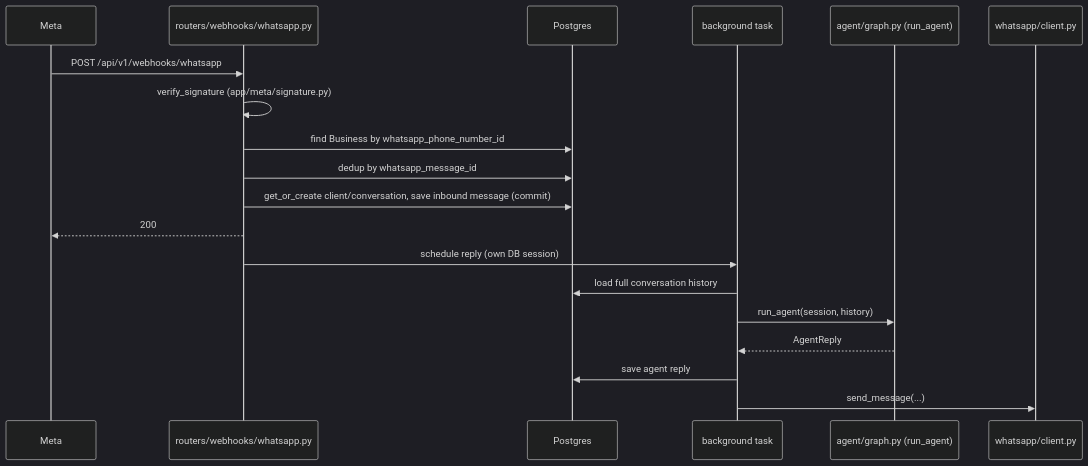
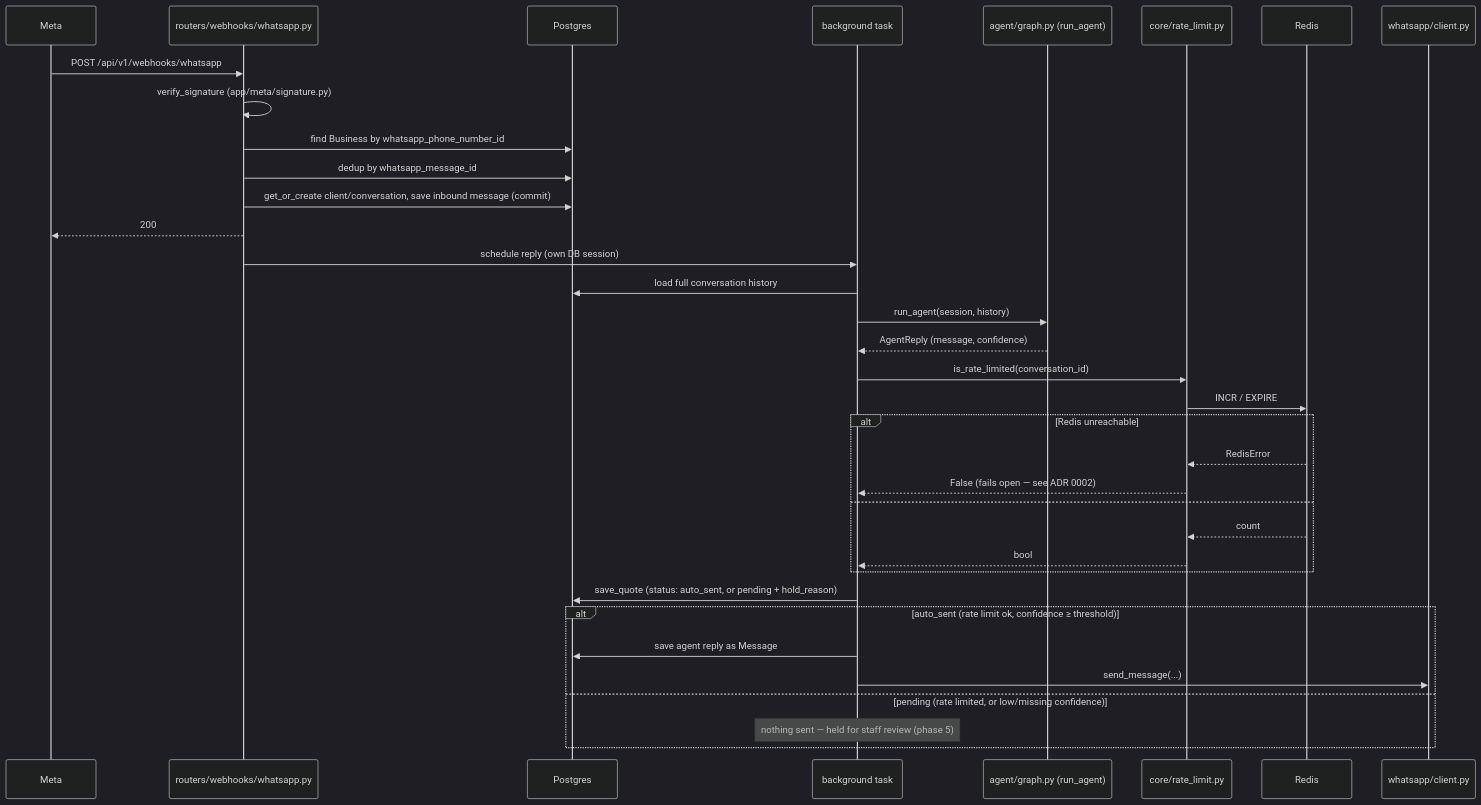
One commit to amineaiba/Quotify changed the third of 3 diagrams in docs/ARCHITECTURE.md. Above: the diagram before and after it, drawn with Mermaid (dark theme). The commit also changed other lines of this file and 24 other files, not shown here.

Commit message:
Guardrails: confidence check + rate limiting before auto-send

````diff
--- a/docs/ARCHITECTURE.md
+++ b/docs/ARCHITECTURE.md
@@ -159,22 +173,38 @@
 ```mermaid
 sequenceDiagram
     participant Meta
     participant R as routers/webhooks/whatsapp.py
     participant DB as Postgres
     participant BG as background task
     participant L as agent/graph.py (run_agent)
+    participant RL as core/rate_limit.py
+    participant Redis
     participant W as whatsapp/client.py
 
     Meta->>R: POST /api/v1/webhooks/whatsapp
     R->>R: verify_signature (app/meta/signature.py)
     R->>DB: find Business by whatsapp_phone_number_id
     R->>DB: dedup by whatsapp_message_id
     R->>DB: get_or_create client/conversation, save inbound message (commit)
     R-->>Meta: 200
     R->>BG: schedule reply (own DB session)
     BG->>DB: load full conversation history
     BG->>L: run_agent(session, history)
-    L-->>BG: AgentReply
-    BG->>DB: save agent reply
-    BG->>W: send_message(...)
+    L-->>BG: AgentReply (message, confidence)
+    BG->>RL: is_rate_limited(conversation_id)
+    RL->>Redis: INCR / EXPIRE
+    alt Redis unreachable
+        Redis-->>RL: RedisError
+        RL-->>BG: False (fails open — see ADR 0002)
+    else
+        Redis-->>RL: count
+        RL-->>BG: bool
+    end
+    BG->>DB: save_quote (status: auto_sent, or pending + hold_reason)
+    alt auto_sent (rate limit ok, confidence ≥ threshold)
+        BG->>DB: save agent reply as Message
+        BG->>W: send_message(...)
+    else pending (rate limited, or low/missing confidence)
+        Note over BG: nothing sent — held for staff review (phase 5)
+    end
 ```
````
